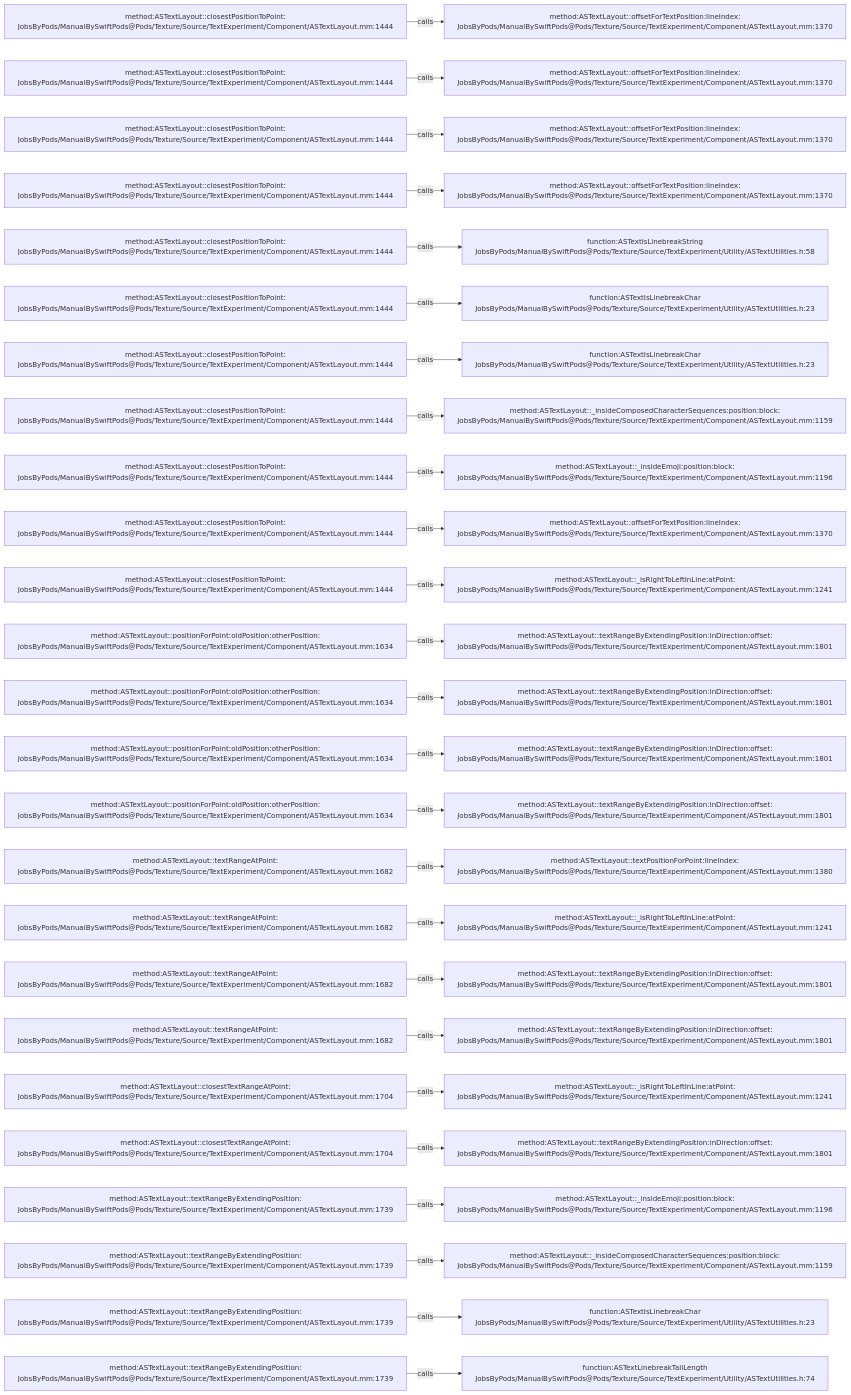
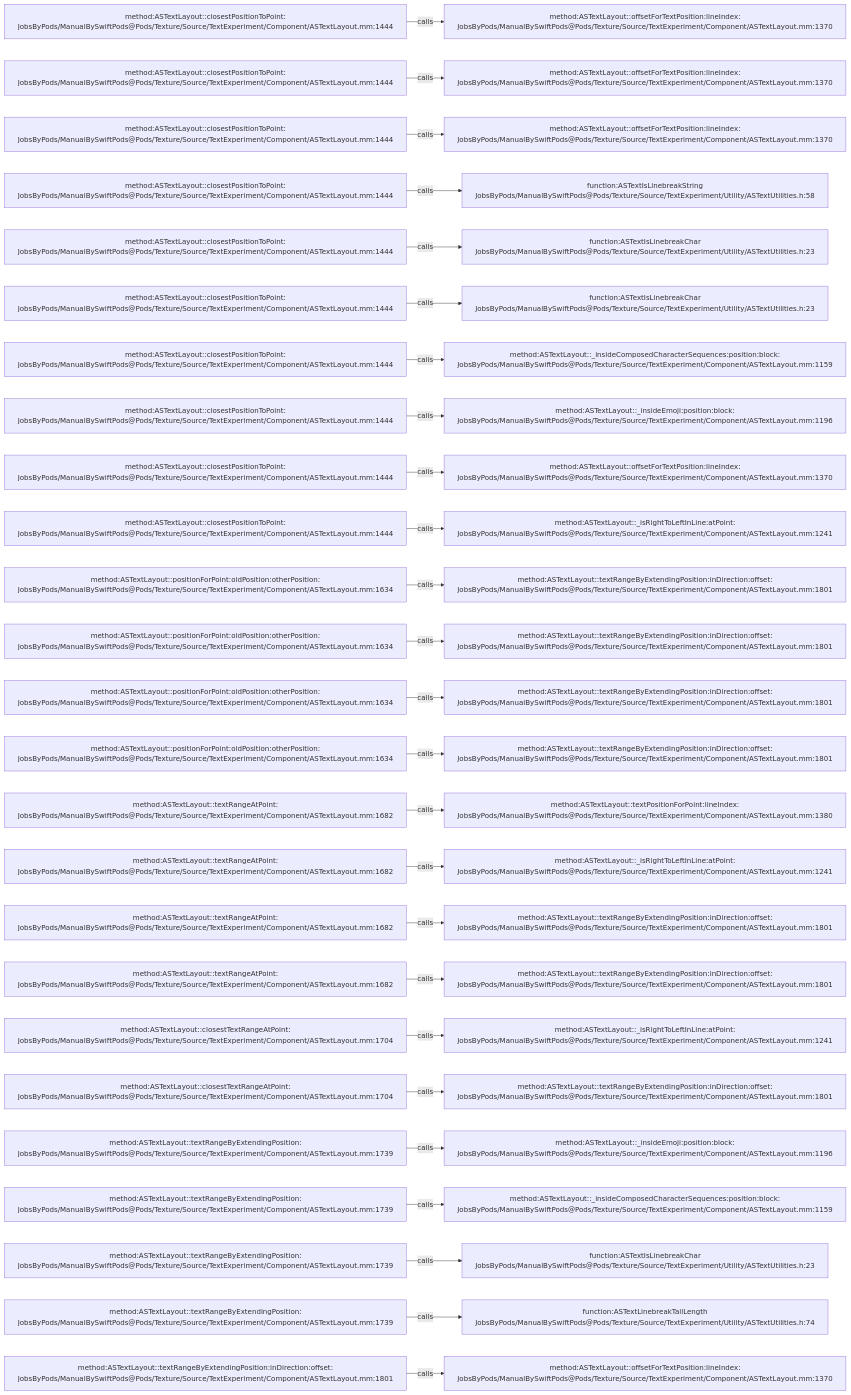
One commit to JobsKits/JobsSwiftBaseConfigDemo changed the diagram in .codegraph/codegraph.md/graphs/calls-133.md. Above: the diagram before and after it, drawn with Mermaid. The commit also changed 747 other files, not shown here.

````diff
--- a/.codegraph/codegraph.md/graphs/calls-133.md
+++ b/.codegraph/codegraph.md/graphs/calls-133.md
@@ -13,78 +13,78 @@
 ```mermaid
 flowchart LR
   S1["method:ASTextLayout::closestPositionToPoint:<br/>JobsByPods/ManualBySwiftPods@Pods/Texture/Source/TextExperiment/Component/ASTextLayout.mm:1444"]
   T1["method:ASTextLayout::offsetForTextPosition:lineIndex:<br/>JobsByPods/ManualBySwiftPods@Pods/Texture/Source/TextExperiment/Component/ASTextLayout.mm:1370"]
   S1 -->|calls| T1
   S2["method:ASTextLayout::closestPositionToPoint:<br/>JobsByPods/ManualBySwiftPods@Pods/Texture/Source/TextExperiment/Component/ASTextLayout.mm:1444"]
   T2["method:ASTextLayout::offsetForTextPosition:lineIndex:<br/>JobsByPods/ManualBySwiftPods@Pods/Texture/Source/TextExperiment/Component/ASTextLayout.mm:1370"]
   S2 -->|calls| T2
   S3["method:ASTextLayout::closestPositionToPoint:<br/>JobsByPods/ManualBySwiftPods@Pods/Texture/Source/TextExperiment/Component/ASTextLayout.mm:1444"]
   T3["method:ASTextLayout::offsetForTextPosition:lineIndex:<br/>JobsByPods/ManualBySwiftPods@Pods/Texture/Source/TextExperiment/Component/ASTextLayout.mm:1370"]
   S3 -->|calls| T3
   S4["method:ASTextLayout::closestPositionToPoint:<br/>JobsByPods/ManualBySwiftPods@Pods/Texture/Source/TextExperiment/Component/ASTextLayout.mm:1444"]
-  T4["method:ASTextLayout::offsetForTextPosition:lineIndex:<br/>JobsByPods/ManualBySwiftPods@Pods/Texture/Source/TextExperiment/Component/ASTextLayout.mm:1370"]
+  T4["function:ASTextIsLinebreakString<br/>JobsByPods/ManualBySwiftPods@Pods/Texture/Source/TextExperiment/Utility/ASTextUtilities.h:58"]
   S4 -->|calls| T4
   S5["method:ASTextLayout::closestPositionToPoint:<br/>JobsByPods/ManualBySwiftPods@Pods/Texture/Source/TextExperiment/Component/ASTextLayout.mm:1444"]
-  T5["function:ASTextIsLinebreakString<br/>JobsByPods/ManualBySwiftPods@Pods/Texture/Source/TextExperiment/Utility/ASTextUtilities.h:58"]
+  T5["function:ASTextIsLinebreakChar<br/>JobsByPods/ManualBySwiftPods@Pods/Texture/Source/TextExperiment/Utility/ASTextUtilities.h:23"]
   S5 -->|calls| T5
   S6["method:ASTextLayout::closestPositionToPoint:<br/>JobsByPods/ManualBySwiftPods@Pods/Texture/Source/TextExperiment/Component/ASTextLayout.mm:1444"]
   T6["function:ASTextIsLinebreakChar<br/>JobsByPods/ManualBySwiftPods@Pods/Texture/Source/TextExperiment/Utility/ASTextUtilities.h:23"]
   S6 -->|calls| T6
   S7["method:ASTextLayout::closestPositionToPoint:<br/>JobsByPods/ManualBySwiftPods@Pods/Texture/Source/TextExperiment/Component/ASTextLayout.mm:1444"]
-  T7["function:ASTextIsLinebreakChar<br/>JobsByPods/ManualBySwiftPods@Pods/Texture/Source/TextExperiment/Utility/ASTextUtilities.h:23"]
+  T7["method:ASTextLayout::_insideComposedCharacterSequences:position:block:<br/>JobsByPods/ManualBySwiftPods@Pods/Texture/Source/TextExperiment/Component/ASTextLayout.mm:1159"]
   S7 -->|calls| T7
   S8["method:ASTextLayout::closestPositionToPoint:<br/>JobsByPods/ManualBySwiftPods@Pods/Texture/Source/TextExperiment/Component/ASTextLayout.mm:1444"]
-  T8["method:ASTextLayout::_insideComposedCharacterSequences:position:block:<br/>JobsByPods/ManualBySwiftPods@Pods/Texture/Source/TextExperiment/Component/ASTextLayout.mm:1159"]
+  T8["method:ASTextLayout::_insideEmoji:position:block:<br/>JobsByPods/ManualBySwiftPods@Pods/Texture/Source/TextExperiment/Component/ASTextLayout.mm:1196"]
   S8 -->|calls| T8
   S9["method:ASTextLayout::closestPositionToPoint:<br/>JobsByPods/ManualBySwiftPods@Pods/Texture/Source/TextExperiment/Component/ASTextLayout.mm:1444"]
-  T9["method:ASTextLayout::_insideEmoji:position:block:<br/>JobsByPods/ManualBySwiftPods@Pods/Texture/Source/TextExperiment/Component/ASTextLayout.mm:1196"]
+  T9["method:ASTextLayout::offsetForTextPosition:lineIndex:<br/>JobsByPods/ManualBySwiftPods@Pods/Texture/Source/TextExperiment/Component/ASTextLayout.mm:1370"]
   S9 -->|calls| T9
   S10["method:ASTextLayout::closestPositionToPoint:<br/>JobsByPods/ManualBySwiftPods@Pods/Texture/Source/TextExperiment/Component/ASTextLayout.mm:1444"]
-  T10["method:ASTextLayout::offsetForTextPosition:lineIndex:<br/>JobsByPods/ManualBySwiftPods@Pods/Texture/Source/TextExperiment/Component/ASTextLayout.mm:1370"]
+  T10["method:ASTextLayout::_isRightToLeftInLine:atPoint:<br/>JobsByPods/ManualBySwiftPods@Pods/Texture/Source/TextExperiment/Component/ASTextLayout.mm:1241"]
   S10 -->|calls| T10
-  S11["method:ASTextLayout::closestPositionToPoint:<br/>JobsByPods/ManualBySwiftPods@Pods/Texture/Source/TextExperiment/Component/ASTextLayout.mm:1444"]
-  T11["method:ASTextLayout::_isRightToLeftInLine:atPoint:<br/>JobsByPods/ManualBySwiftPods@Pods/Texture/Source/TextExperiment/Component/ASTextLayout.mm:1241"]
+  S11["method:ASTextLayout::positionForPoint:oldPosition:otherPosition:<br/>JobsByPods/ManualBySwiftPods@Pods/Texture/Source/TextExperiment/Component/ASTextLayout.mm:1634"]
+  T11["method:ASTextLayout::textRangeByExtendingPosition:inDirection:offset:<br/>JobsByPods/ManualBySwiftPods@Pods/Texture/Source/TextExperiment/Component/ASTextLayout.mm:1801"]
   S11 -->|calls| T11
   S12["method:ASTextLayout::positionForPoint:oldPosition:otherPosition:<br/>JobsByPods/ManualBySwiftPods@Pods/Texture/Source/TextExperiment/Component/ASTextLayout.mm:1634"]
   T12["method:ASTextLayout::textRangeByExtendingPosition:inDirection:offset:<br/>JobsByPods/ManualBySwiftPods@Pods/Texture/Source/TextExperiment/Component/ASTextLayout.mm:1801"]
   S12 -->|calls| T12
   S13["method:ASTextLayout::positionForPoint:oldPosition:otherPosition:<br/>JobsByPods/ManualBySwiftPods@Pods/Texture/Source/TextExperiment/Component/ASTextLayout.mm:1634"]
   T13["method:ASTextLayout::textRangeByExtendingPosition:inDirection:offset:<br/>JobsByPods/ManualBySwiftPods@Pods/Texture/Source/TextExperiment/Component/ASTextLayout.mm:1801"]
   S13 -->|calls| T13
   S14["method:ASTextLayout::positionForPoint:oldPosition:otherPosition:<br/>JobsByPods/ManualBySwiftPods@Pods/Texture/Source/TextExperiment/Component/ASTextLayout.mm:1634"]
   T14["method:ASTextLayout::textRangeByExtendingPosition:inDirection:offset:<br/>JobsByPods/ManualBySwiftPods@Pods/Texture/Source/TextExperiment/Component/ASTextLayout.mm:1801"]
   S14 -->|calls| T14
-  S15["method:ASTextLayout::positionForPoint:oldPosition:otherPosition:<br/>JobsByPods/ManualBySwiftPods@Pods/Texture/Source/TextExperiment/Component/ASTextLayout.mm:1634"]
-  T15["method:ASTextLayout::textRangeByExtendingPosition:inDirection:offset:<br/>JobsByPods/ManualBySwiftPods@Pods/Texture/Source/TextExperiment/Component/ASTextLayout.mm:1801"]
+  S15["method:ASTextLayout::textRangeAtPoint:<br/>JobsByPods/ManualBySwiftPods@Pods/Texture/Source/TextExperiment/Component/ASTextLayout.mm:1682"]
+  T15["method:ASTextLayout::textPositionForPoint:lineIndex:<br/>JobsByPods/ManualBySwiftPods@Pods/Texture/Source/TextExperiment/Component/ASTextLayout.mm:1380"]
   S15 -->|calls| T15
   S16["method:ASTextLayout::textRangeAtPoint:<br/>JobsByPods/ManualBySwiftPods@Pods/Texture/Source/TextExperiment/Component/ASTextLayout.mm:1682"]
-  T16["method:ASTextLayout::textPositionForPoint:lineIndex:<br/>JobsByPods/ManualBySwiftPods@Pods/Texture/Source/TextExperiment/Component/ASTextLayout.mm:1380"]
+  T16["method:ASTextLayout::_isRightToLeftInLine:atPoint:<br/>JobsByPods/ManualBySwiftPods@Pods/Texture/Source/TextExperiment/Component/ASTextLayout.mm:1241"]
   S16 -->|calls| T16
   S17["method:ASTextLayout::textRangeAtPoint:<br/>JobsByPods/ManualBySwiftPods@Pods/Texture/Source/TextExperiment/Component/ASTextLayout.mm:1682"]
-  T17["method:ASTextLayout::_isRightToLeftInLine:atPoint:<br/>JobsByPods/ManualBySwiftPods@Pods/Texture/Source/TextExperiment/Component/ASTextLayout.mm:1241"]
+  T17["method:ASTextLayout::textRangeByExtendingPosition:inDirection:offset:<br/>JobsByPods/ManualBySwiftPods@Pods/Texture/Source/TextExperiment/Component/ASTextLayout.mm:1801"]
   S17 -->|calls| T17
   S18["method:ASTextLayout::textRangeAtPoint:<br/>JobsByPods/ManualBySwiftPods@Pods/Texture/Source/TextExperiment/Component/ASTextLayout.mm:1682"]
   T18["method:ASTextLayout::textRangeByExtendingPosition:inDirection:offset:<br/>JobsByPods/ManualBySwiftPods@Pods/Texture/Source/TextExperiment/Component/ASTextLayout.mm:1801"]
   S18 -->|calls| T18
-  S19["method:ASTextLayout::textRangeAtPoint:<br/>JobsByPods/ManualBySwiftPods@Pods/Texture/Source/TextExperiment/Component/ASTextLayout.mm:1682"]
-  T19["method:ASTextLayout::textRangeByExtendingPosition:inDirection:offset:<br/>JobsByPods/ManualBySwiftPods@Pods/Texture/Source/TextExperiment/Component/ASTextLayout.mm:1801"]
+  S19["method:ASTextLayout::closestTextRangeAtPoint:<br/>JobsByPods/ManualBySwiftPods@Pods/Texture/Source/TextExperiment/Component/ASTextLayout.mm:1704"]
+  T19["method:ASTextLayout::_isRightToLeftInLine:atPoint:<br/>JobsByPods/ManualBySwiftPods@Pods/Texture/Source/TextExperiment/Component/ASTextLayout.mm:1241"]
   S19 -->|calls| T19
   S20["method:ASTextLayout::closestTextRangeAtPoint:<br/>JobsByPods/ManualBySwiftPods@Pods/Texture/Source/TextExperiment/Component/ASTextLayout.mm:1704"]
-  T20["method:ASTextLayout::_isRightToLeftInLine:atPoint:<br/>JobsByPods/ManualBySwiftPods@Pods/Texture/Source/TextExperiment/Component/ASTextLayout.mm:1241"]
+  T20["method:ASTextLayout::textRangeByExtendingPosition:inDirection:offset:<br/>JobsByPods/ManualBySwiftPods@Pods/Texture/Source/TextExperiment/Component/ASTextLayout.mm:1801"]
   S20 -->|calls| T20
-  S21["method:ASTextLayout::closestTextRangeAtPoint:<br/>JobsByPods/ManualBySwiftPods@Pods/Texture/Source/TextExperiment/Component/ASTextLayout.mm:1704"]
-  T21["method:ASTextLayout::textRangeByExtendingPosition:inDirection:offset:<br/>JobsByPods/ManualBySwiftPods@Pods/Texture/Source/TextExperiment/Component/ASTextLayout.mm:1801"]
+  S21["method:ASTextLayout::textRangeByExtendingPosition:<br/>JobsByPods/ManualBySwiftPods@Pods/Texture/Source/TextExperiment/Component/ASTextLayout.mm:1739"]
+  T21["method:ASTextLayout::_insideEmoji:position:block:<br/>JobsByPods/ManualBySwiftPods@Pods/Texture/Source/TextExperiment/Component/ASTextLayout.mm:1196"]
   S21 -->|calls| T21
   S22["method:ASTextLayout::textRangeByExtendingPosition:<br/>JobsByPods/ManualBySwiftPods@Pods/Texture/Source/TextExperiment/Component/ASTextLayout.mm:1739"]
-  T22["method:ASTextLayout::_insideEmoji:position:block:<br/>JobsByPods/ManualBySwiftPods@Pods/Texture/Source/TextExperiment/Component/ASTextLayout.mm:1196"]
+  T22["method:ASTextLayout::_insideComposedCharacterSequences:position:block:<br/>JobsByPods/ManualBySwiftPods@Pods/Texture/Source/TextExperiment/Component/ASTextLayout.mm:1159"]
   S22 -->|calls| T22
   S23["method:ASTextLayout::textRangeByExtendingPosition:<br/>JobsByPods/ManualBySwiftPods@Pods/Texture/Source/TextExperiment/Component/ASTextLayout.mm:1739"]
-  T23["method:ASTextLayout::_insideComposedCharacterSequences:position:block:<br/>JobsByPods/ManualBySwiftPods@Pods/Texture/Source/TextExperiment/Component/ASTextLayout.mm:1159"]
+  T23["function:ASTextIsLinebreakChar<br/>JobsByPods/ManualBySwiftPods@Pods/Texture/Source/TextExperiment/Utility/ASTextUtilities.h:23"]
   S23 -->|calls| T23
   S24["method:ASTextLayout::textRangeByExtendingPosition:<br/>JobsByPods/ManualBySwiftPods@Pods/Texture/Source/TextExperiment/Component/ASTextLayout.mm:1739"]
-  T24["function:ASTextIsLinebreakChar<br/>JobsByPods/ManualBySwiftPods@Pods/Texture/Source/TextExperiment/Utility/ASTextUtilities.h:23"]
+  T24["function:ASTextLinebreakTailLength<br/>JobsByPods/ManualBySwiftPods@Pods/Texture/Source/TextExperiment/Utility/ASTextUtilities.h:74"]
   S24 -->|calls| T24
-  S25["method:ASTextLayout::textRangeByExtendingPosition:<br/>JobsByPods/ManualBySwiftPods@Pods/Texture/Source/TextExperiment/Component/ASTextLayout.mm:1739"]
-  T25["function:ASTextLinebreakTailLength<br/>JobsByPods/ManualBySwiftPods@Pods/Texture/Source/TextExperiment/Utility/ASTextUtilities.h:74"]
+  S25["method:ASTextLayout::textRangeByExtendingPosition:inDirection:offset:<br/>JobsByPods/ManualBySwiftPods@Pods/Texture/Source/TextExperiment/Component/ASTextLayout.mm:1801"]
+  T25["method:ASTextLayout::offsetForTextPosition:lineIndex:<br/>JobsByPods/ManualBySwiftPods@Pods/Texture/Source/TextExperiment/Component/ASTextLayout.mm:1370"]
   S25 -->|calls| T25
 ```
````
